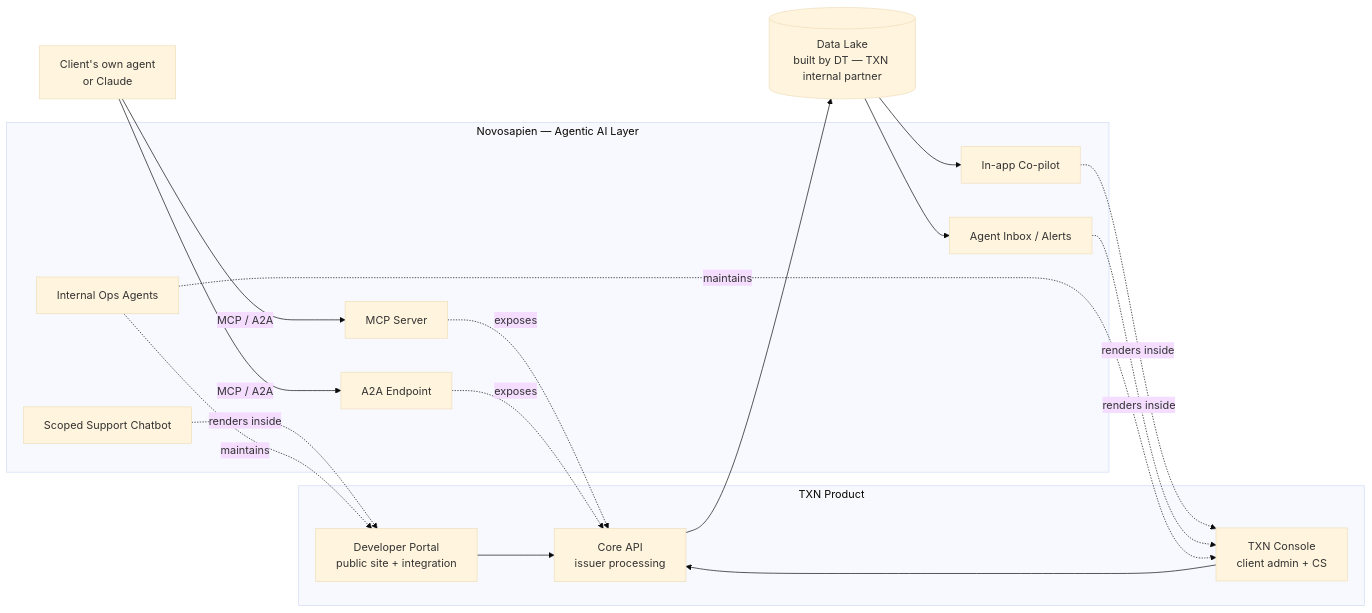
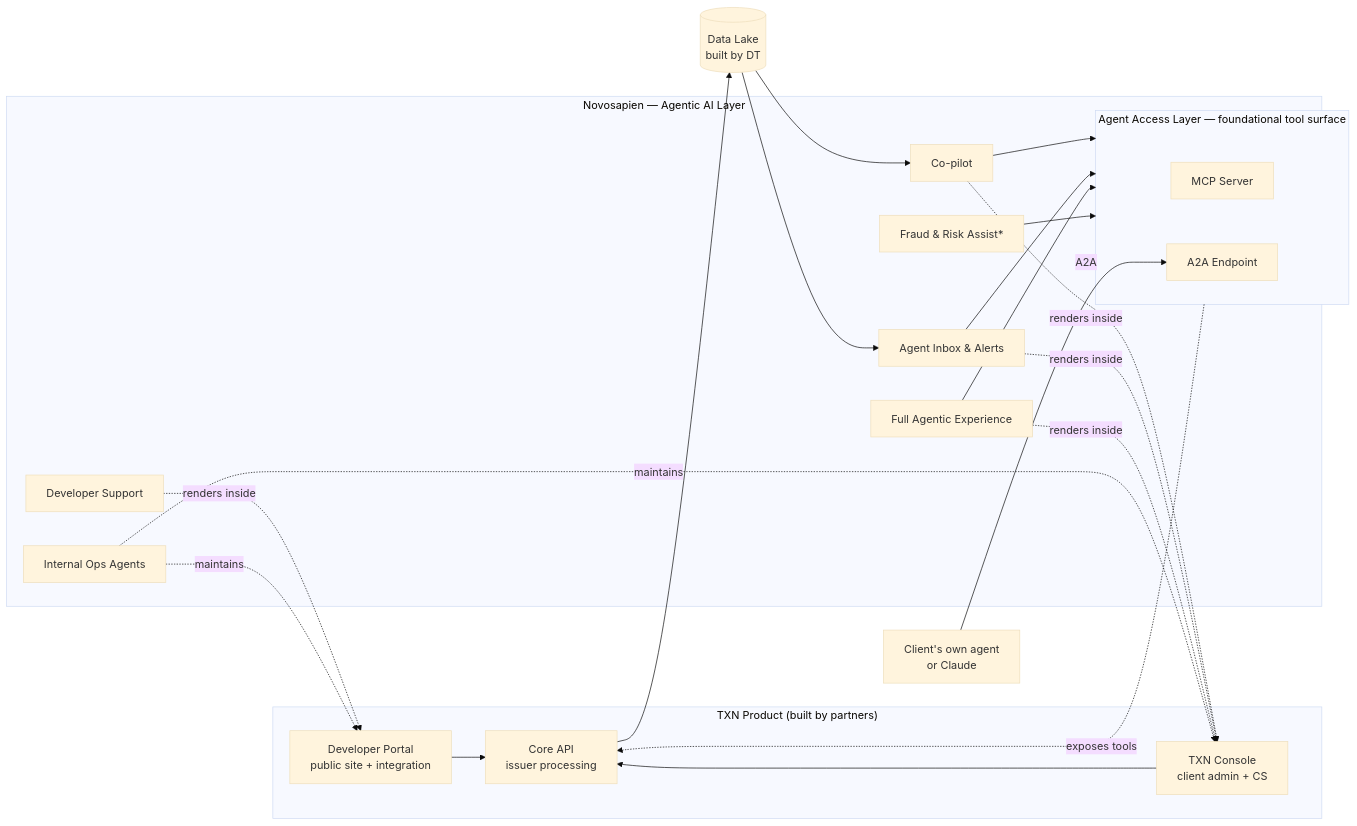
The diagram in content/vision.md (Novosapien/txn-vault), drawn with Mermaid (base theme) before and after one commit. The commit also changed other lines of this file and 34 other files, not shown here.

````diff
--- a/content/vision.md
+++ b/content/vision.md
@@ -59,36 +59,44 @@
 ```mermaid
 graph LR
-    subgraph TXN["TXN Product"]
+    subgraph TXN["TXN Product (built by partners)"]
         API[Core API<br/>issuer processing]
         Console[TXN Console<br/>client admin + CS]
         Portal[Developer Portal<br/>public site + integration]
         Console --> API
         Portal --> API
     end
 
     subgraph Novo["Novosapien — Agentic AI Layer"]
-        Copilot[In-app Co-pilot]
-        Inbox[Agent Inbox / Alerts]
-        Chatbot[Scoped Support Chatbot]
-        MCP[MCP Server]
-        A2A[A2A Endpoint]
+        Copilot[Co-pilot]
+        Inbox[Agent Inbox & Alerts]
+        Full[Full Agentic Experience]
+        DevSup[Developer Support]
         Ops[Internal Ops Agents]
+        Fraud["Fraud &amp; Risk Assist*"]
+        subgraph AAL["Agent Access Layer — foundational tool surface"]
+            MCP[MCP Server]
+            A2A[A2A Endpoint]
+        end
     end
 
     Copilot -.renders inside.-> Console
     Inbox -.renders inside.-> Console
-    Chatbot -.renders inside.-> Portal
-    MCP -.exposes.-> API
-    A2A -.exposes.-> API
+    Full -.renders inside.-> Console
+    DevSup -.renders inside.-> Portal
 
-    ClientAgent[Client's own agent<br/>or Claude] -->|MCP / A2A| MCP
-    ClientAgent -->|MCP / A2A| A2A
+    Copilot --> AAL
+    Inbox --> AAL
+    Full --> AAL
+    Fraud --> AAL
+    AAL -.exposes tools.-> API
 
-    Lake[(Data Lake<br/>built by DT — TXN internal partner)]
+    ClientAgent[Client's own agent<br/>or Claude] -->|A2A| A2A
+
+    Lake[(Data Lake<br/>built by DT)]
     API --> Lake
     Lake --> Copilot
     Lake --> Inbox
 
     Ops -.maintains.-> Portal
     Ops -.maintains.-> Console
 ```
````
